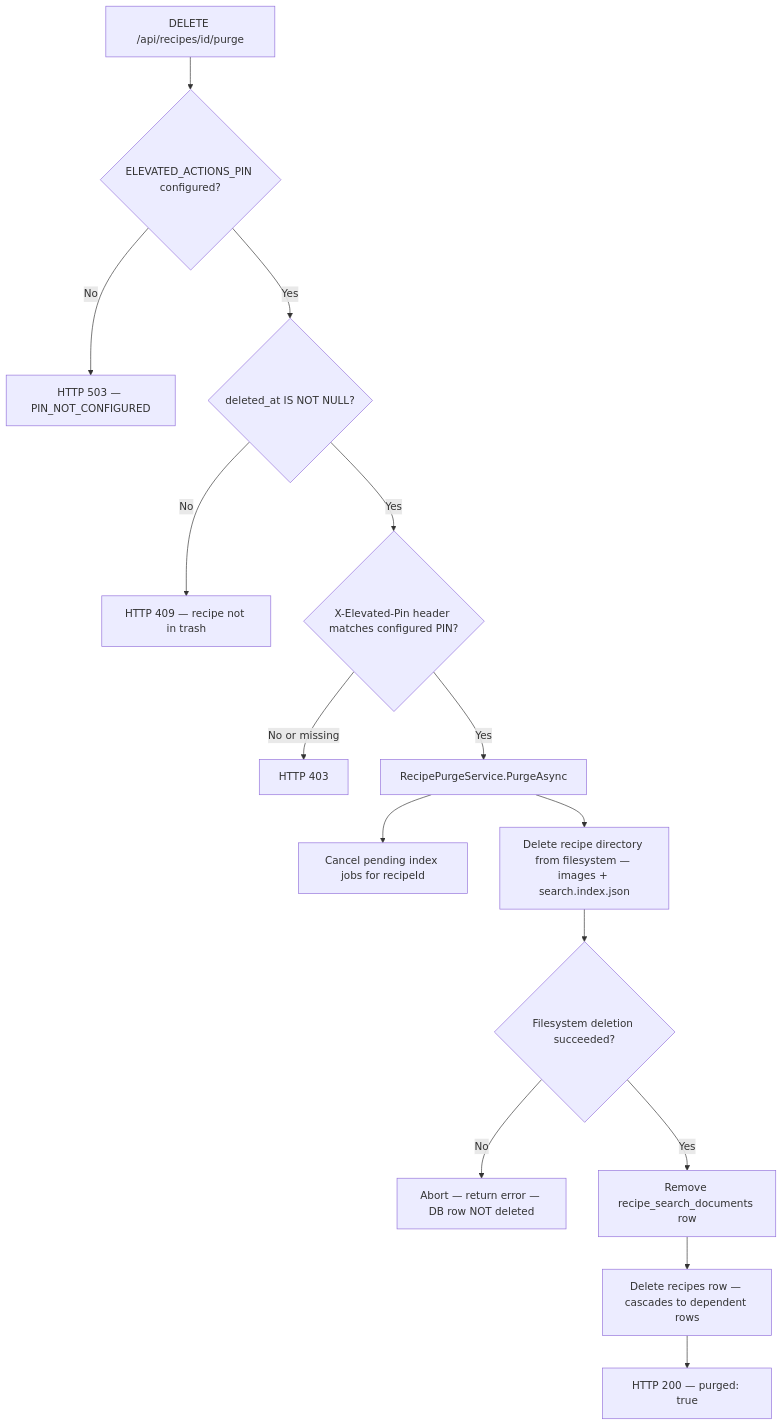
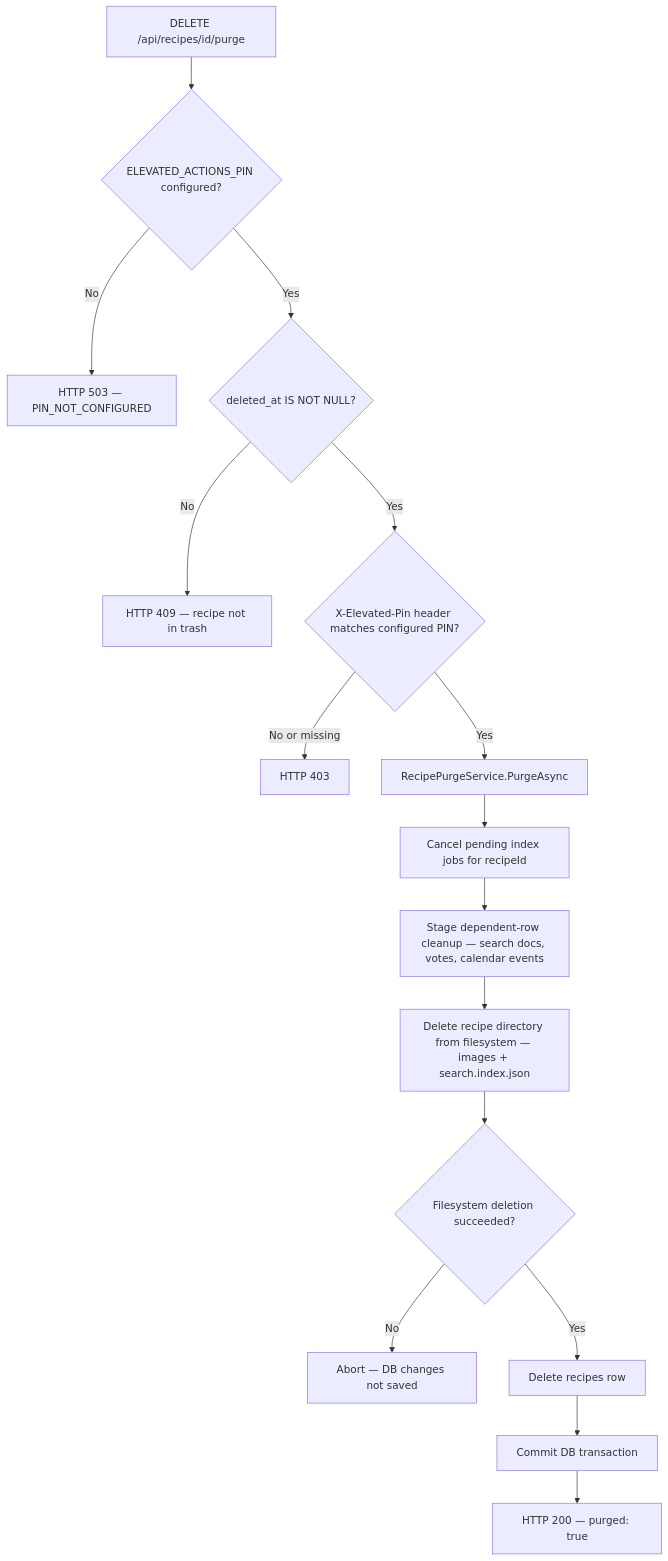
Before and after one commit to AlexandreBrisebois/whats-for-supper: the sixth of 8 diagrams in docs/flows/data-flows/recipe-search-index-and-recovery.md, drawn with Mermaid. The commit also changed other lines of this file and 15 other files, not shown here.

First line of the commit message:
feat: Enhance photo search functionality and refine recipe purge process

````diff
--- a/docs/flows/data-flows/recipe-search-index-and-recovery.md
+++ b/docs/flows/data-flows/recipe-search-index-and-recovery.md
@@ -327,17 +327,18 @@
 ```mermaid
 flowchart TD
     A[DELETE /api/recipes/id/purge] --> B{ELEVATED_ACTIONS_PIN configured?}
     B -->|No| C[HTTP 503 — PIN_NOT_CONFIGURED]
     B -->|Yes| D{deleted_at IS NOT NULL?}
     D -->|No| E[HTTP 409 — recipe not in trash]
     D -->|Yes| F{X-Elevated-Pin header matches configured PIN?}
     F -->|No or missing| G[HTTP 403]
     F -->|Yes| H[RecipePurgeService.PurgeAsync]
     H --> I[Cancel pending index jobs for recipeId]
-    H --> J[Delete recipe directory from filesystem — images + search.index.json]
-    J --> K{Filesystem deletion succeeded?}
-    K -->|No| L[Abort — return error — DB row NOT deleted]
-    K -->|Yes| M[Remove recipe_search_documents row]
-    M --> N[Delete recipes row — cascades to dependent rows]
-    N --> O[HTTP 200 — purged: true]
+    I --> J[Stage dependent-row cleanup — search docs, votes, calendar events]
+    J --> K[Delete recipe directory from filesystem — images + search.index.json]
+    K --> L{Filesystem deletion succeeded?}
+    L -->|No| M[Abort — DB changes not saved]
+    L -->|Yes| N[Delete recipes row]
+    N --> O[Commit DB transaction]
+    O --> P[HTTP 200 — purged: true]
 ```
````
